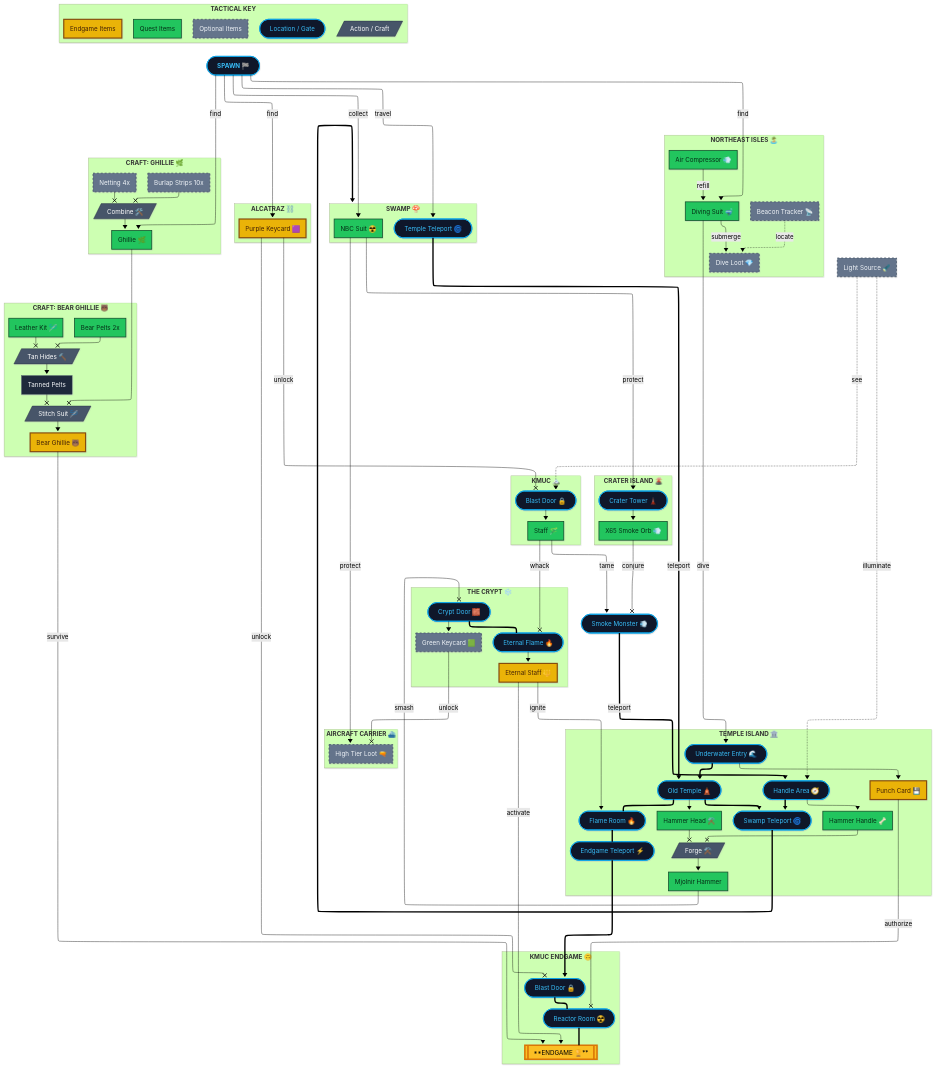
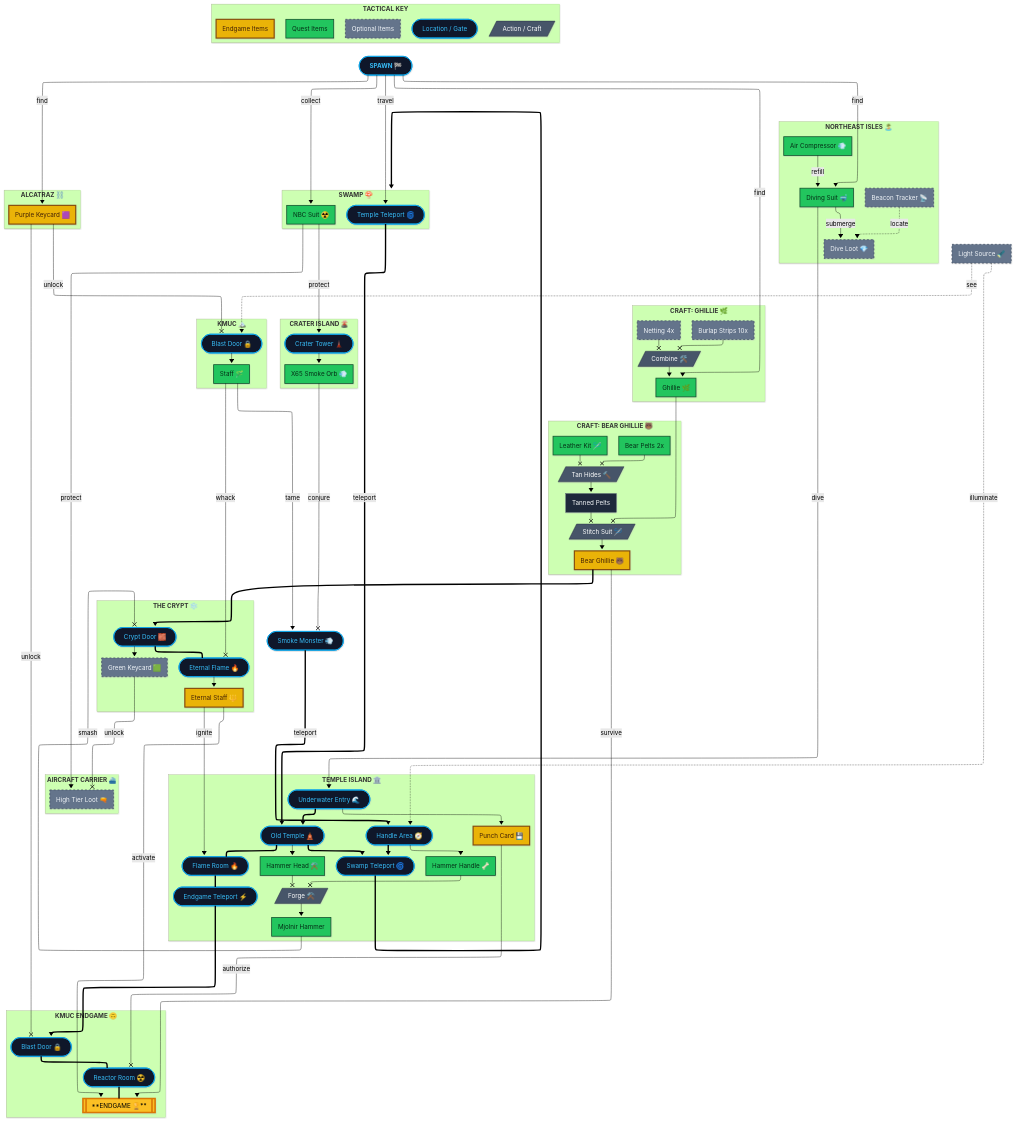
Before and after one commit to mrfootoyou/deer-isle-quest: the diagram in deer-isle-endgame-loot-flow.mmd, drawn with Mermaid. The commit also changed 1 other file, not shown here.

Commit message:
fix: add bear suit requirement for crypt door

```diff
--- a/deer-isle-endgame-loot-flow.mmd
+++ b/deer-isle-endgame-loot-flow.mmd
@@ -171,6 +171,7 @@
         eternal_flame([Eternal Flame 🔥])
         eternal_staff[Eternal Staff 🔱]
     end
+    bear_suit ==> crypt_door
     hammer --x |smash|crypt_door
     crypt_door --> green_keycard
     crypt_door === eternal_flame
```
